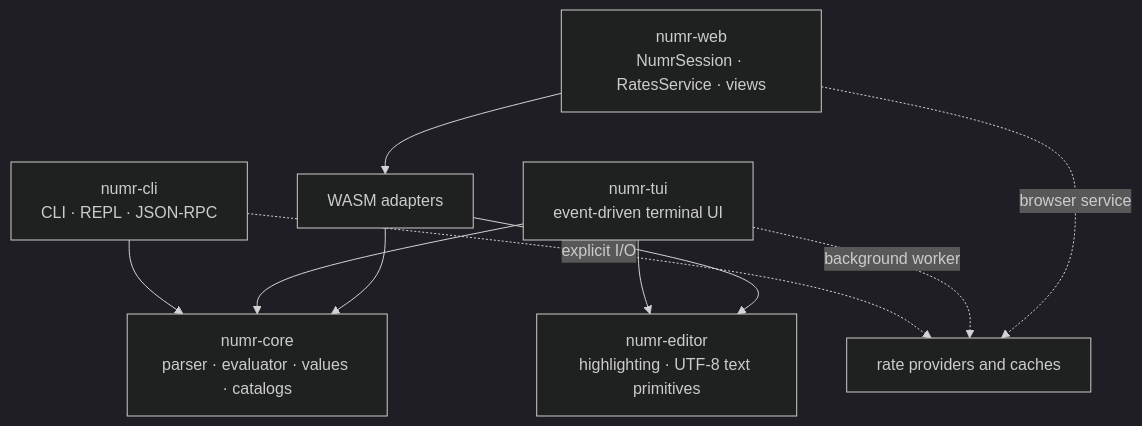
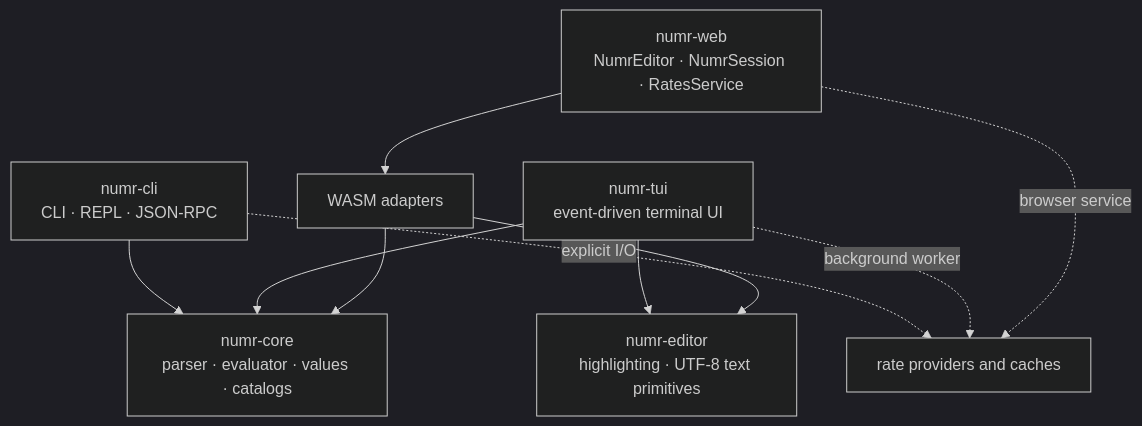
Before and after one commit to nasedkinpv/numr: the diagram in README.md, drawn with Mermaid (dark theme). The commit also changed other lines of this file and 3 other files, not shown here.

````diff
--- a/README.md
+++ b/README.md
@@ -352,20 +352,20 @@
 ```mermaid
 flowchart TB
     Core["numr-core<br/>parser · evaluator · values · catalogs"]
     Editor["numr-editor<br/>highlighting · UTF-8 text primitives"]
     CLI["numr-cli<br/>CLI · REPL · JSON-RPC"]
     TUI["numr-tui<br/>event-driven terminal UI"]
-    Web["numr-web<br/>NumrSession · RatesService · views"]
+    Web["numr-web<br/>NumrEditor · NumrSession · RatesService"]
     Wasm["WASM adapters"]
     Rates["rate providers and caches"]
 
     CLI --> Core
     TUI --> Core
     TUI --> Editor
     Web --> Wasm
     Wasm --> Core
     Wasm --> Editor
     CLI -. "explicit I/O" .-> Rates
     TUI -. "background worker" .-> Rates
     Web -. "browser service" .-> Rates
 ```
````
